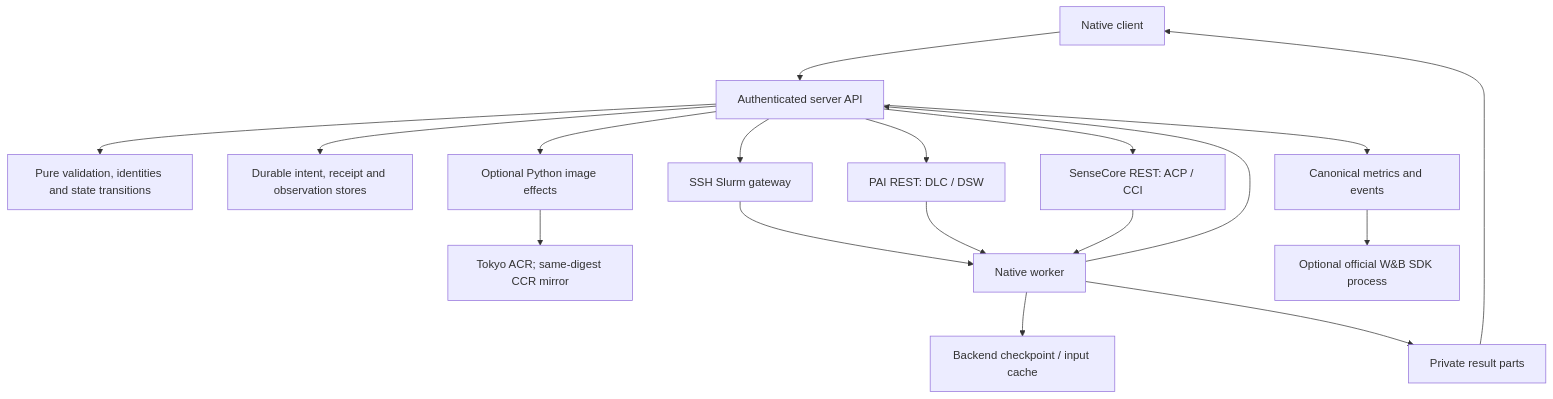
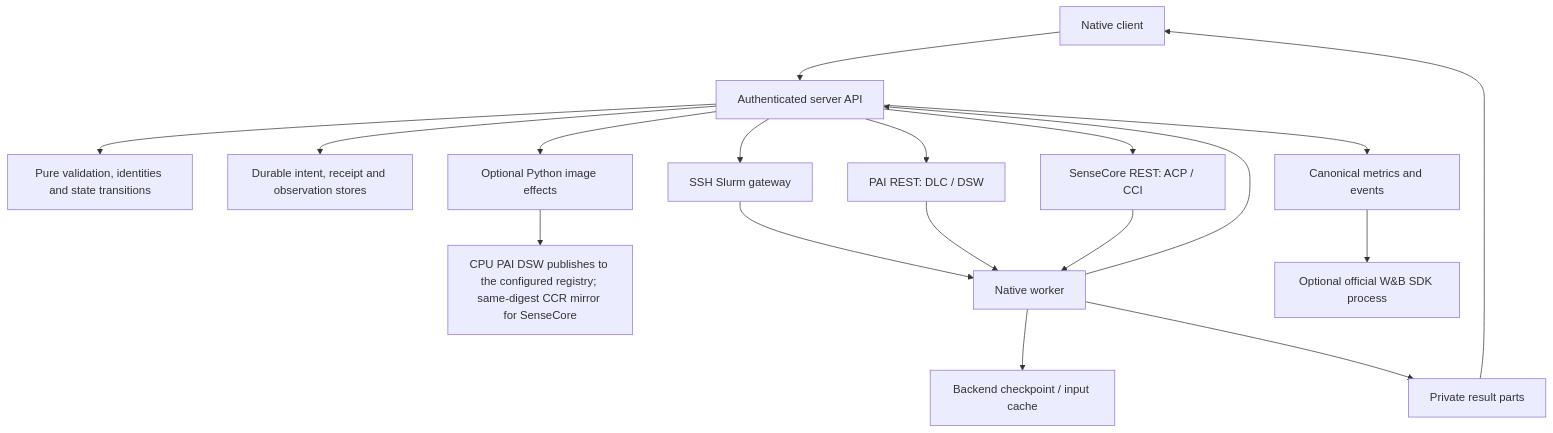
The diagram in docs/rust-rewrite.md (NotDesigned/ml-experiment-control), drawn with Mermaid before and after one commit. The commit also changed other lines of this file and 30 other files, not shown here.

````diff
--- a/docs/rust-rewrite.md
+++ b/docs/rust-rewrite.md
@@ -37,20 +37,20 @@
 ```mermaid
 flowchart TD
     CLI[Native client] --> HTTP[Authenticated server API]
     HTTP --> CORE[Pure validation, identities and state transitions]
     HTTP --> LEDGER[Durable intent, receipt and observation stores]
     HTTP --> SLURM[SSH Slurm gateway]
     HTTP --> PAI[PAI REST: DLC / DSW]
     HTTP --> SC[SenseCore REST: ACP / CCI]
     HTTP --> BUILD[Optional Python image effects]
-    BUILD --> ACR[Tokyo ACR; same-digest CCR mirror]
+    BUILD --> REGISTRY[CPU PAI DSW publishes to the configured registry; same-digest CCR mirror for SenseCore]
     SLURM --> WORKER[Native worker]
     PAI --> WORKER
     SC --> WORKER
     WORKER --> STATE[Backend checkpoint / input cache]
     WORKER --> OBJECT[Private result parts]
     WORKER --> HTTP
     HTTP --> JOURNAL[Canonical metrics and events]
     JOURNAL --> WB[Optional official W&B SDK process]
     OBJECT --> CLI
 ```
````
